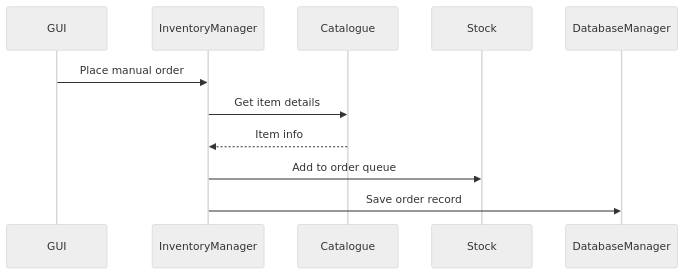
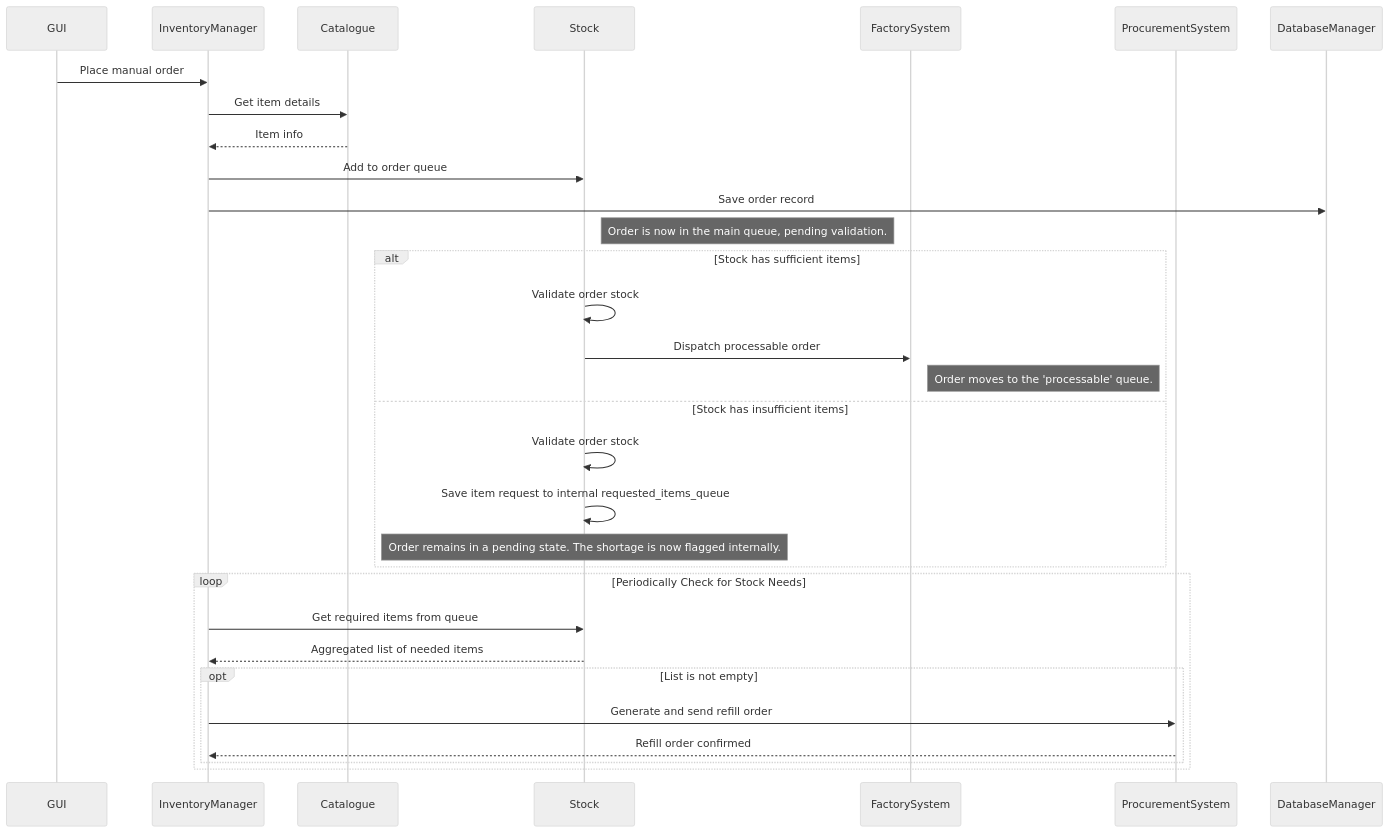
The second of 2 diagrams in docs/simulation-flow.md (joonaMakiKorte/MaterialFlow), drawn with Mermaid (neutral theme) before and after one commit. The commit also changed other lines of this file, not shown here.

Commit message:
Enhance simulation flow documentation with sequence diagram
Added detailed sequence diagram for order placement and stock processing.

````diff
--- a/docs/simulation-flow.md
+++ b/docs/simulation-flow.md
@@ -29,16 +29,42 @@
 ```mermaid
 sequenceDiagram
     participant GUI
     participant InventoryManager
     participant Catalogue
     participant Stock
+    participant FactorySystem
+    participant ProcurementSystem
     participant DatabaseManager
 
+    %% --- Section 1: Placing a New Order ---
     GUI->>InventoryManager: Place manual order
     InventoryManager->>Catalogue: Get item details
     Catalogue-->>InventoryManager: Item info
+
     InventoryManager->>Stock: Add to order queue
     InventoryManager->>DatabaseManager: Save order record
+    Note right of Stock: Order is now in the main queue, pending validation.
 
+    %% --- Section 2: Stock's Internal Processing of the Order ---
+    alt Stock has sufficient items
+        Stock->>Stock: Validate order stock
+        Stock->>FactorySystem: Dispatch processable order
+        Note right of FactorySystem: Order moves to the 'processable' queue.
 
+    else Stock has insufficient items
+        Stock->>Stock: Validate order stock
+        Stock->>Stock: Save item request to internal requested_items_queue
+        Note over Stock: Order remains in a pending state. The shortage is now flagged internally.
+    end
+
+    %% --- Section 3: InventoryManager's Refill Management Loop ---
+    loop Periodically Check for Stock Needs
+        InventoryManager->>Stock: Get required items from queue
+        Stock-->>InventoryManager: Aggregated list of needed items
+        
+        opt List is not empty
+            InventoryManager->>ProcurementSystem: Generate and send refill order
+            ProcurementSystem-->>InventoryManager: Refill order confirmed
+        end
+    end
 ```
````
